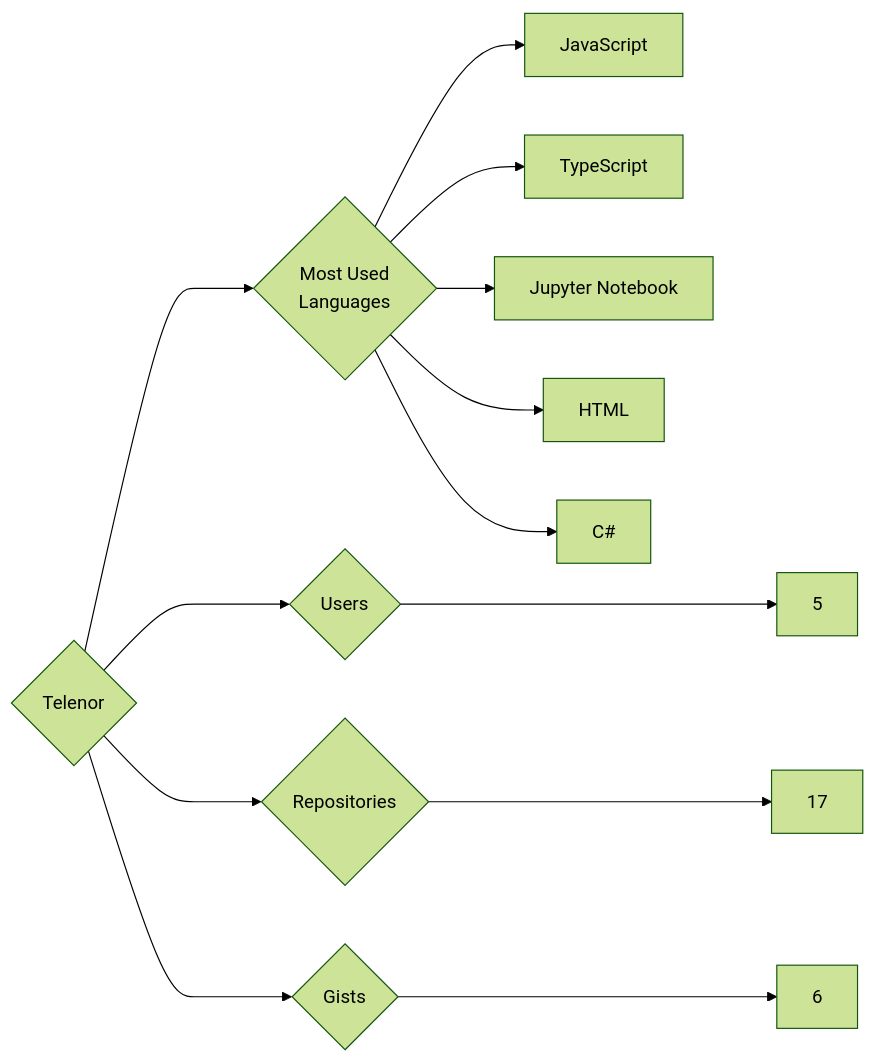
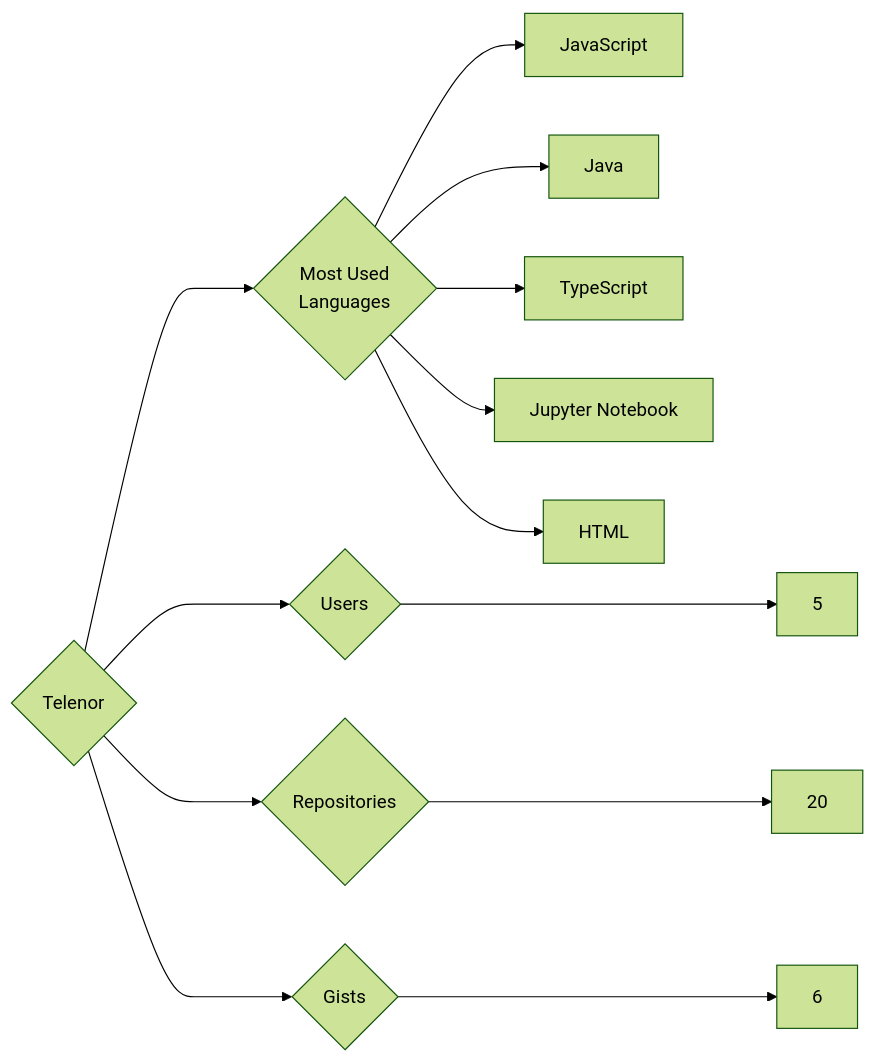
The diagram in targets/Telenor/README.md (trickest/insiders), drawn with Mermaid (forest theme) before and after one commit. The commit also changed 1141 other files, not shown here.

````diff
--- a/targets/Telenor/README.md
+++ b/targets/Telenor/README.md
@@ -3,13 +3,13 @@
 ```mermaid
 graph LR
 COMPANY_NAME{Telenor}
 COMPANY_NAME ---> U{Users} ---> UN[5]
-COMPANY_NAME ---> R{Repositories} ---> RN[17]
+COMPANY_NAME ---> R{Repositories} ---> RN[20]
 COMPANY_NAME ---> G{Gists} ---> GN[6]
 COMPANY_NAME ---> ML{Most Used<br>Languages}
 ML --> JavaScript[JavaScript]
+ML --> Java[Java]
 ML --> TypeScript[TypeScript]
 ML --> Jupyter_Notebook[Jupyter Notebook]
 ML --> HTML[HTML]
-ML --> C#[C#]
 ```
````
